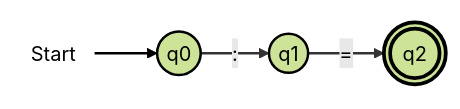
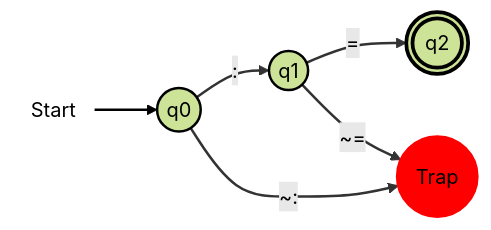
One commit to CS-Tiny-Compiler/a-tiny-compiler changed the sixth of 9 diagrams in docs/DFA.md. Above: the diagram before and after it, drawn with Mermaid (forest theme). The commit also changed other lines of this file, not shown here.

Commit message:
added trap state in assignment and arithmetic operators DFA

````diff
--- a/docs/DFA.md
+++ b/docs/DFA.md
@@ -208,13 +210,16 @@
 ```mermaid
 flowchart LR
   start(((Start))):::startNode --> q0(("q0")):::normal
   q0 --> |:| q1(("q1")):::normal
   q1 --> |=| q2((("q2"))):::finalState
+  q0 --> |"~:"| trap((("Trap"))):::trap
+  q1 --> |"~="| trap((("Trap"))):::trap
 
   classDef startNode fill:none,stroke:none;
   classDef normal stroke:#000,stroke-width:2px;
   classDef finalState stroke:#000,stroke-width:3px;
+  classDef trap fill:#f00,stroke:#f00,stroke-width:2px;
 
   linkStyle 0 stroke-width:2px;
-  linkStyle 1,2 stroke:#333,stroke-width:2px,fill:none;
+  linkStyle 1,2,3,4 stroke:#333,stroke-width:2px,fill:none;
 ```
````
